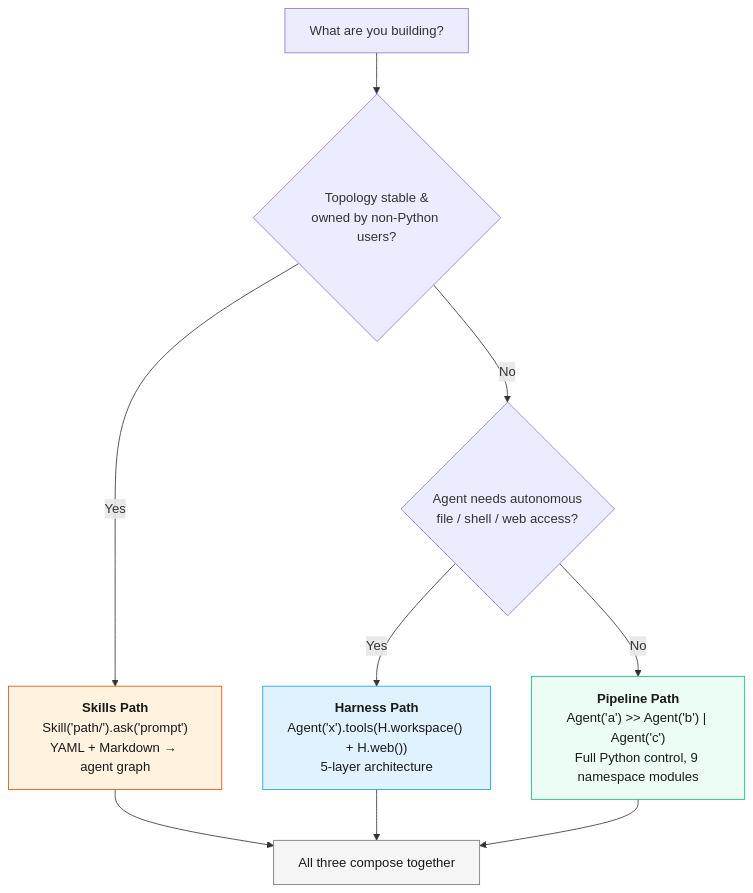
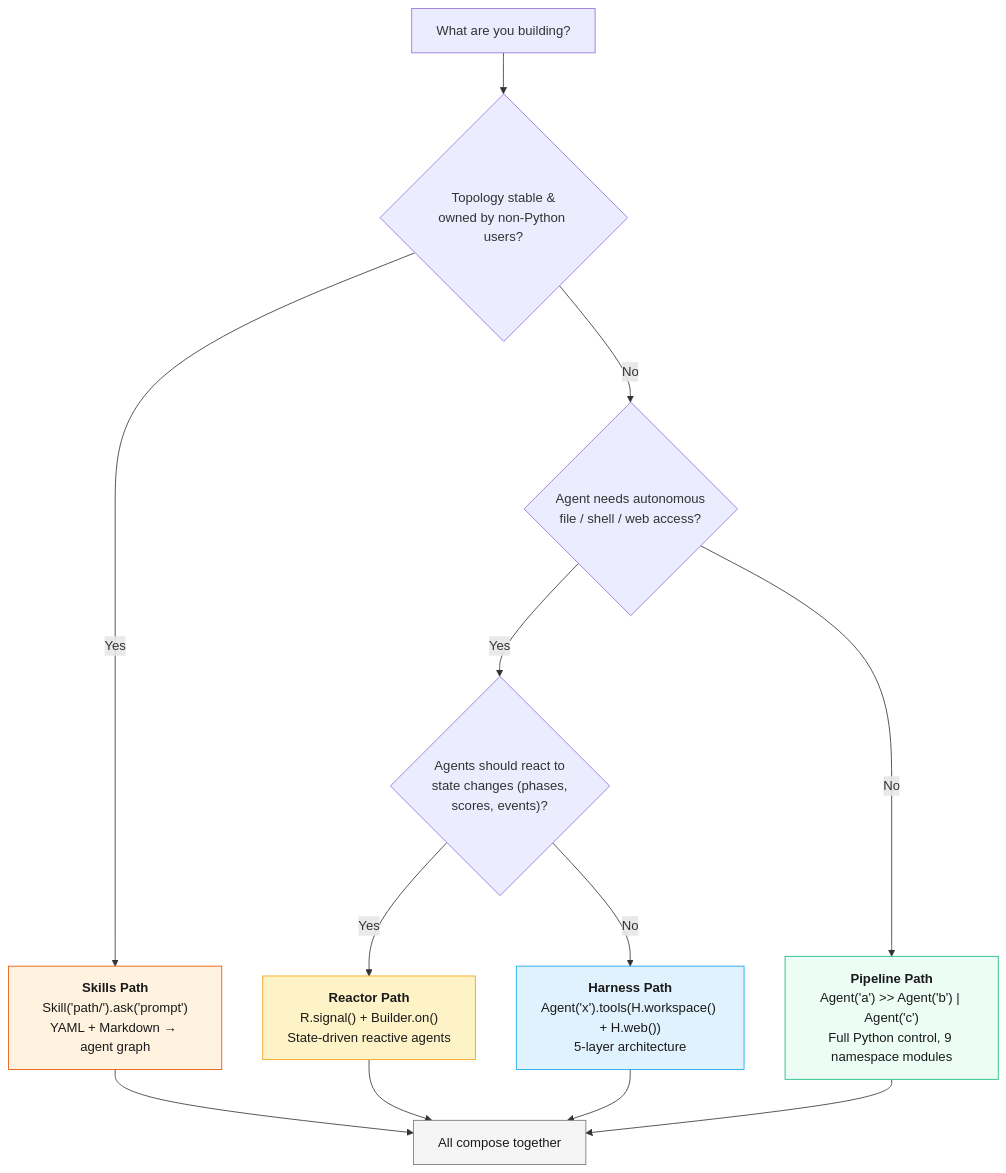
Before and after one commit to vamsiramakrishnan/adk-fluent: the first of 3 diagrams in docs/decision-guide.md, drawn with Mermaid. The commit also changed other lines of this file and 6 other files, not shown here.

First line of the commit message:
docs: make reactive agents (R namespace) prominent across README and docs

````diff
--- a/docs/decision-guide.md
+++ b/docs/decision-guide.md
@@ -12,17 +12,21 @@
 ```mermaid
 flowchart TD
     START["What are you building?"] --> Q1{"Topology stable &<br>owned by non-Python users?"}
     Q1 -->|Yes| SKILLS["<b>Skills Path</b><br>Skill('path/').ask('prompt')<br>YAML + Markdown → agent graph"]
     Q1 -->|No| Q2{"Agent needs autonomous<br>file / shell / web access?"}
-    Q2 -->|Yes| HARNESS["<b>Harness Path</b><br>Agent('x').tools(H.workspace() + H.web())<br>5-layer architecture"]
+    Q2 -->|Yes| Q3{"Agents should react to<br>state changes (phases,<br>scores, events)?"}
+    Q3 -->|Yes| REACTOR["<b>Reactor Path</b><br>R.signal() + Builder.on()<br>State-driven reactive agents"]
+    Q3 -->|No| HARNESS["<b>Harness Path</b><br>Agent('x').tools(H.workspace() + H.web())<br>5-layer architecture"]
     Q2 -->|No| PIPELINE["<b>Pipeline Path</b><br>Agent('a') >> Agent('b') | Agent('c')<br>Full Python control, 9 namespace modules"]
 
-    SKILLS --> COMPOSE["All three compose together"]
+    SKILLS --> COMPOSE["All compose together"]
+    REACTOR --> COMPOSE
     HARNESS --> COMPOSE
     PIPELINE --> COMPOSE
 
     style SKILLS fill:#FFF3E0,stroke:#E65100,color:#1A1A1A
+    style REACTOR fill:#fef3c7,stroke:#f59e0b,color:#1A1A1A
     style HARNESS fill:#e0f2fe,stroke:#0ea5e9,color:#1A1A1A
     style PIPELINE fill:#ecfdf5,stroke:#10b981,color:#1A1A1A
     style COMPOSE fill:#f5f5f5,stroke:#757575,color:#1A1A1A
 ```
````
